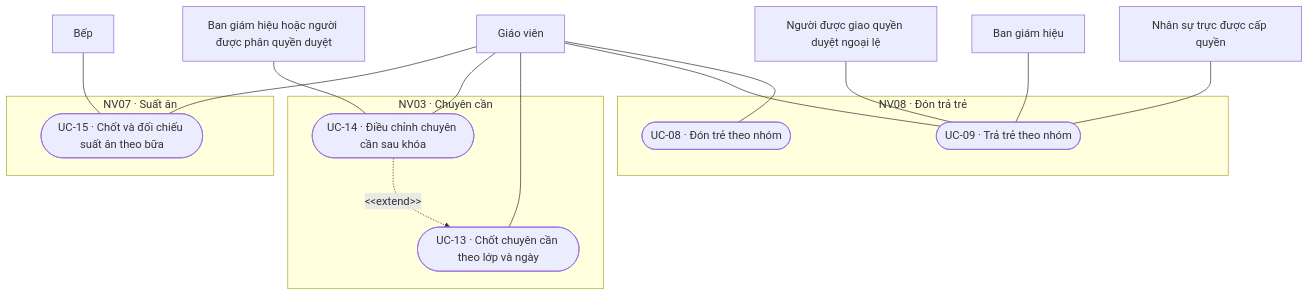
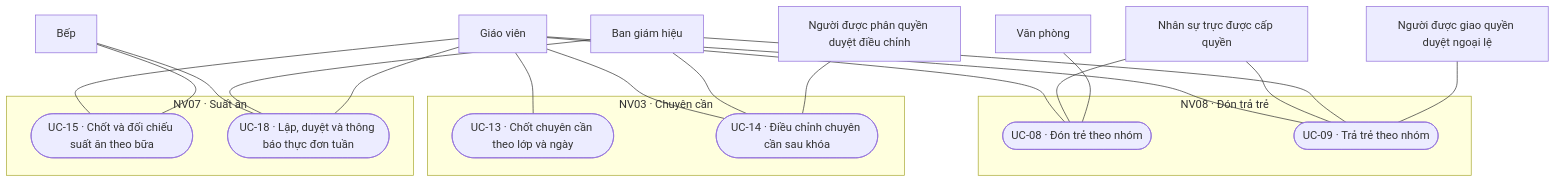
Before and after one commit to CAMEL1204/Kindergarten-Management-System: the third of 4 diagrams in docs/analysis/diagrams/use-case-toan-he-thong.md, drawn with Mermaid. The commit also changed other lines of this file and 14 other files, not shown here.

````diff
--- a/docs/analysis/diagrams/use-case-toan-he-thong.md
+++ b/docs/analysis/diagrams/use-case-toan-he-thong.md
@@ -34,31 +64,38 @@
 ```mermaid
 flowchart TD
     subgraph N08["NV08 · Đón trả trẻ"]
         U08(["UC-08 · Đón trẻ theo nhóm"])
         U09(["UC-09 · Trả trẻ theo nhóm"])
     end
     subgraph N03["NV03 · Chuyên cần"]
         U13(["UC-13 · Chốt chuyên cần theo lớp và ngày"])
         U14(["UC-14 · Điều chỉnh chuyên cần sau khóa"])
     end
     subgraph N07["NV07 · Suất ăn"]
         U15(["UC-15 · Chốt và đối chiếu suất ăn theo bữa"])
+        U18(["UC-18 · Lập, duyệt và thông báo thực đơn tuần"])
     end
     A1["Giáo viên"]
     A2["Nhân sự trực được cấp quyền"]
-    A3["Ban giám hiệu"]
-    A4["Người được giao quyền duyệt ngoại lệ"]
-    A5["Ban giám hiệu hoặc người được phân quyền duyệt"]
-    A6["Bếp"]
+    A3["Văn phòng"]
+    A4["Ban giám hiệu"]
+    A5["Người được giao quyền duyệt ngoại lệ"]
+    A6["Người được phân quyền duyệt điều chỉnh"]
+    A7["Bếp"]
     A1 --- U08
+    A2 --- U08
+    A3 --- U08
     A1 --- U09
     A2 --- U09
-    A3 --- U09
     A4 --- U09
+    A5 --- U09
     A1 --- U13
     A1 --- U14
-    A5 --- U14
+    A4 --- U14
+    A6 --- U14
     A1 --- U15
-    A6 --- U15
-    U14 -. "&lt;&lt;extend&gt;&gt;" .-> U13
+    A7 --- U15
+    A7 --- U18
+    A4 --- U18
+    A1 --- U18
 ```
````
